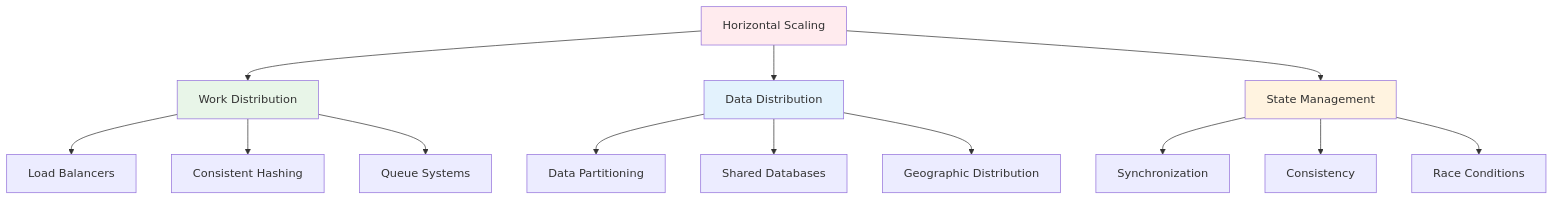
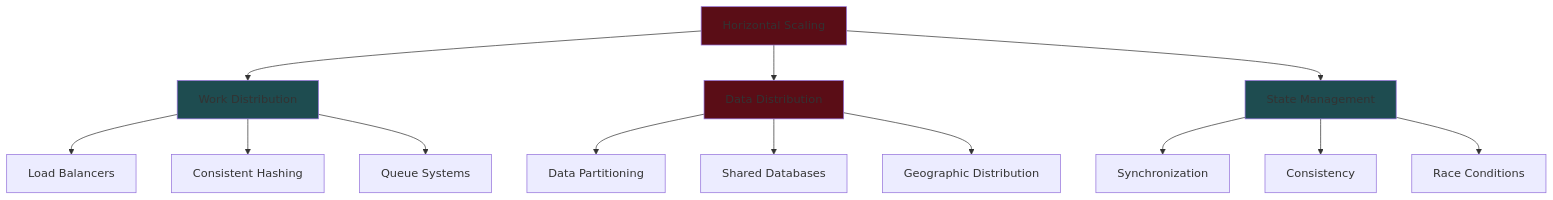
Before and after one commit to ahmedrzakhan/system-design-notes: the second of 21 diagrams in fundamentals/core_concepts.md, drawn with Mermaid. The commit also changed other lines of this file, not shown here.

````diff
--- a/fundamentals/core_concepts.md
+++ b/fundamentals/core_concepts.md
@@ -37,23 +37,23 @@
 ```mermaid
 flowchart TD
     A[Horizontal Scaling] --> B[Work Distribution]
     A --> C[Data Distribution]
     A --> D[State Management]
 
     B --> B1[Load Balancers]
     B --> B2[Consistent Hashing]
     B --> B3[Queue Systems]
 
     C --> C1[Data Partitioning]
     C --> C2[Shared Databases]
     C --> C3[Geographic Distribution]
 
     D --> D1[Synchronization]
     D --> D2[Consistency]
     D --> D3[Race Conditions]
 
-    style A fill:#ffebee
-    style B fill:#e8f5e8
-    style C fill:#e3f2fd
-    style D fill:#fff3e0
+    style A fill:#5A0D16
+    style B fill:#1E4C50
+    style C fill:#5A0D16
+    style D fill:#1E4C50
 ```
````
